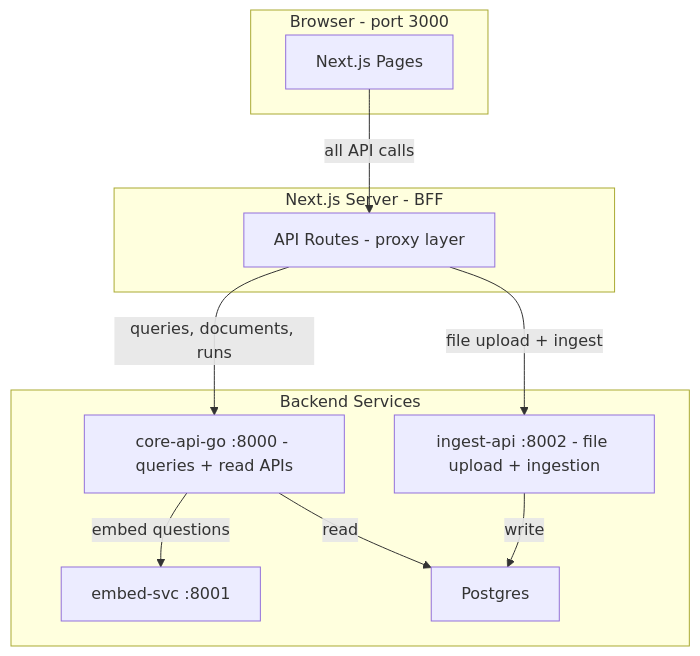
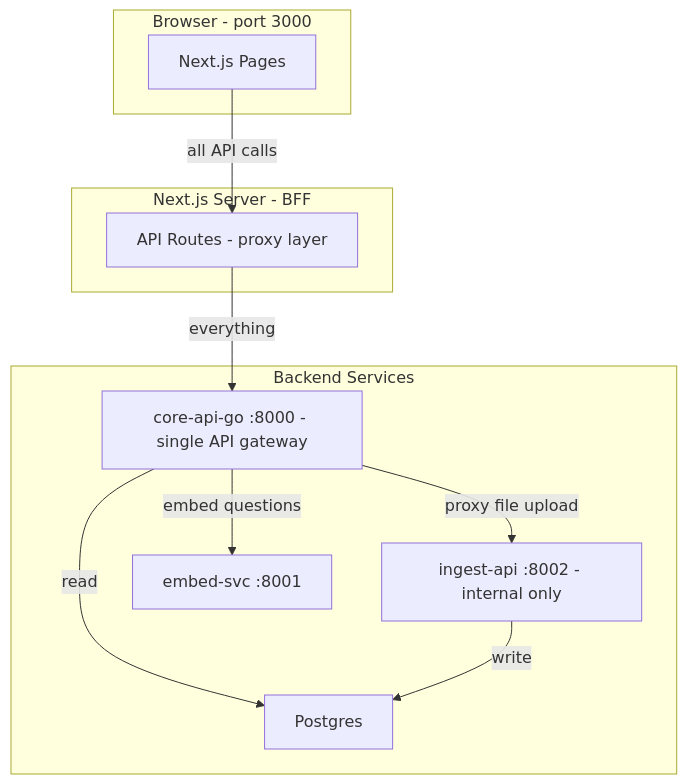
One commit to jharjadi/pro-rag changed the first of 2 diagrams in plans/web-ui-spec.md. Above: the diagram before and after it, drawn with Mermaid. The commit also changed other lines of this file and 51 other files, not shown here.

First line of the commit message:
feat: add web UI, ingest-api, document/ingestion handlers, and Docker Compose orchestration

````diff
--- a/plans/web-ui-spec.md
+++ b/plans/web-ui-spec.md
@@ -37,24 +37,24 @@
 ```mermaid
 graph TB
     subgraph Browser - port 3000
         PAGES[Next.js Pages]
     end
 
     subgraph Next.js Server - BFF
         API_ROUTES[API Routes - proxy layer]
     end
 
     subgraph Backend Services
-        GO[core-api-go :8000 - queries + read APIs]
-        INGEST_API[ingest-api :8002 - file upload + ingestion]
+        GO[core-api-go :8000 - single API gateway]
+        INGEST_API[ingest-api :8002 - internal only]
         EMBED[embed-svc :8001]
         PG[Postgres]
     end
 
     PAGES -->|all API calls| API_ROUTES
-    API_ROUTES -->|queries, documents, runs| GO
-    API_ROUTES -->|file upload + ingest| INGEST_API
+    API_ROUTES -->|everything| GO
     GO -->|read| PG
     GO -->|embed questions| EMBED
+    GO -->|proxy file upload| INGEST_API
     INGEST_API -->|write| PG
 ```
````
